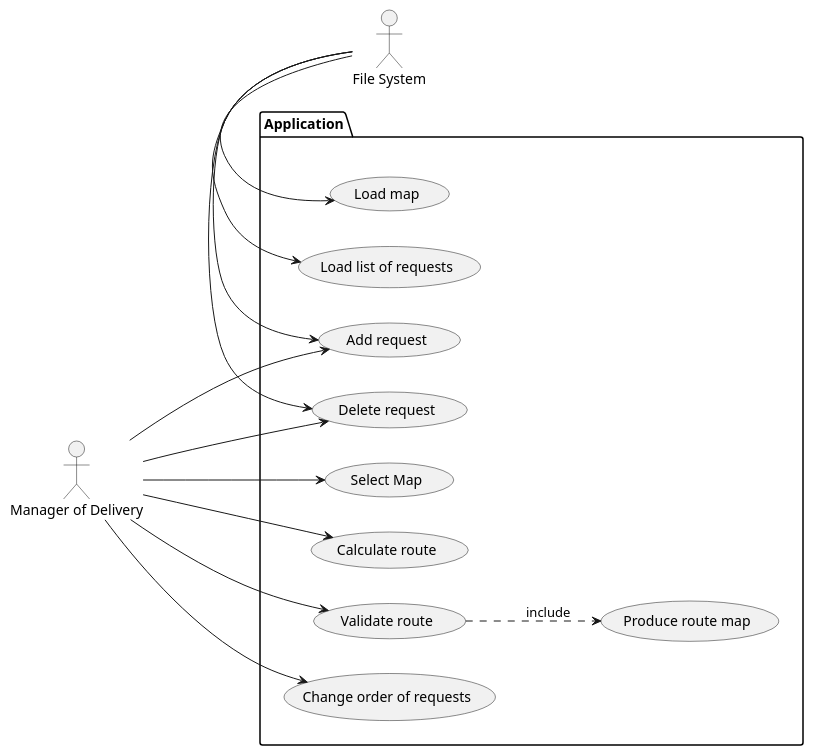
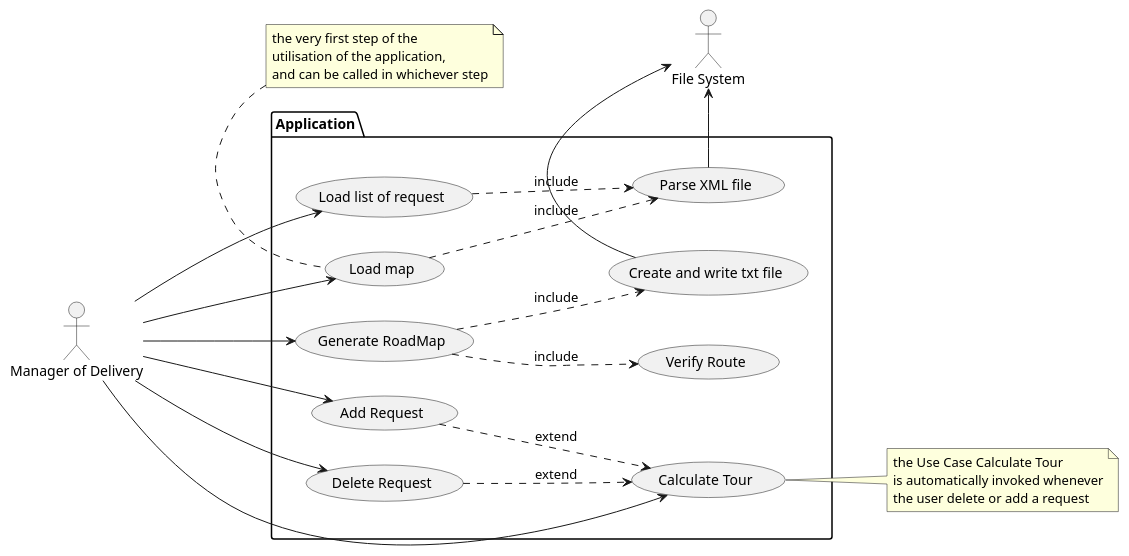
The diagram in src/documentation/UseCase.puml (Karlenkko/Agile-OnErrand), drawn with PlantUML before and after one commit.

Commit message:
docs(UseCase): refactor the usecase so as to be coherent with the Structural description

```diff
--- a/src/documentation/UseCase.puml
+++ b/src/documentation/UseCase.puml
@@ -2,44 +2,55 @@
 @startuml
 
 
 left to right direction
 
 :Manager of Delivery: as User
 :File System: as fs
 
 package Application {
-    usecase "Select Map" as UC1
-    usecase "Load map" as UC2
-    usecase "Load list of requests" as UC3
-    usecase "Calculate route" as UC4
-    usecase "Validate route" as UC5
-    usecase "Add request" as UC6
-    usecase "Change order of requests" as UC7
-    usecase "Delete request" as UC8
-    usecase "Produce route map" as UC9
+    usecase "Load map" as LoadMap
+    usecase "Load list of request" as LoadRequests
+    usecase "Calculate Tour" as CalculateTour
+    usecase "Generate RoadMap" as GenerateRoadMap
+    usecase "Verify Route" as VerifyRoute
+    usecase "Add Request" as AddRequest
+    usecase "Delete Request" as DeleteRequest
 
+    usecase "Parse XML file" as ParseXML
+    usecase "Create and write txt file" as WriteTXT
+
+    LoadMap ..> ParseXML : include
+    LoadRequests ..> ParseXML : include
+    GenerateRoadMap ..> WriteTXT : include
+    GenerateRoadMap ..> VerifyRoute : include
+
+    AddRequest ..> CalculateTour : extend
+    DeleteRequest ..> CalculateTour : extend
+}
     User -[hidden]->Application
-    User ---> UC1
-    User --> UC4
-    User --> UC5
-    User --> UC6
-    User --> UC7
-    User --> UC8
-    Application -[hidden]> fs
-    fs -> UC2
-    fs -> UC3
-    fs -> UC6
-    fs -> UC8
-    UC5 ..>UC9 : include
-}
+    User ---> LoadMap
+    User --> LoadRequests
+    User --> CalculateTour
+    User --> GenerateRoadMap
+    User --> AddRequest
+    User --> DeleteRequest
 
-'note left of UC1
-'the very first step
-'of using the application
-'end note
 
-'note "This note is connected\nto several objects." as N2
-'(Start) .. N2
-'N2 .. (Use)
+'    Application -[hidden]> fs
+    ParseXML -> fs
+    WriteTXT -> fs
+
+
+note right of CalculateTour
+the Use Case Calculate Tour
+is automatically invoked whenever
+the user delete or add a request
+end note
+
+note top of LoadMap
+the very first step of the
+utilisation of the application,
+and can be called in whichever step
+end note
 
 @enduml
```
